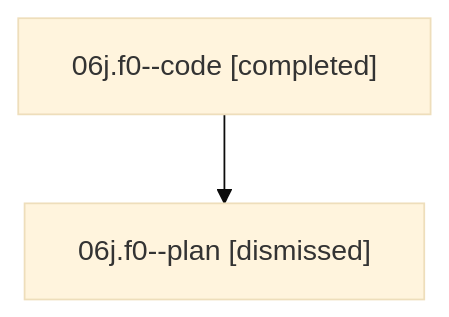
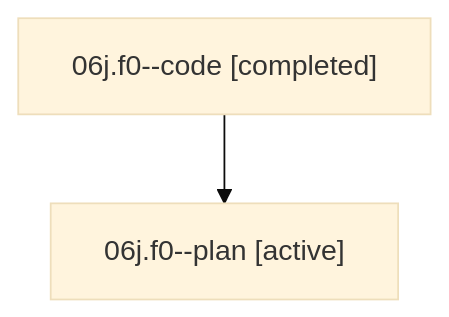
The diagram in families/bbugyi200.athena.06j.f0.md (sase-org/sase--agents), drawn with Mermaid (base theme) before and after one commit. The commit also changed other lines of this file and 35830 other files, not shown here.

````diff
--- a/families/bbugyi200.athena.06j.f0.md
+++ b/families/bbugyi200.athena.06j.f0.md
@@ -9,6 +9,6 @@
 ```mermaid
 flowchart TD
   n0["06j.f0--code [completed]"]
-  n1["06j.f0--plan [dismissed]"]
+  n1["06j.f0--plan [active]"]
   n0 --> n1
 ```
````
